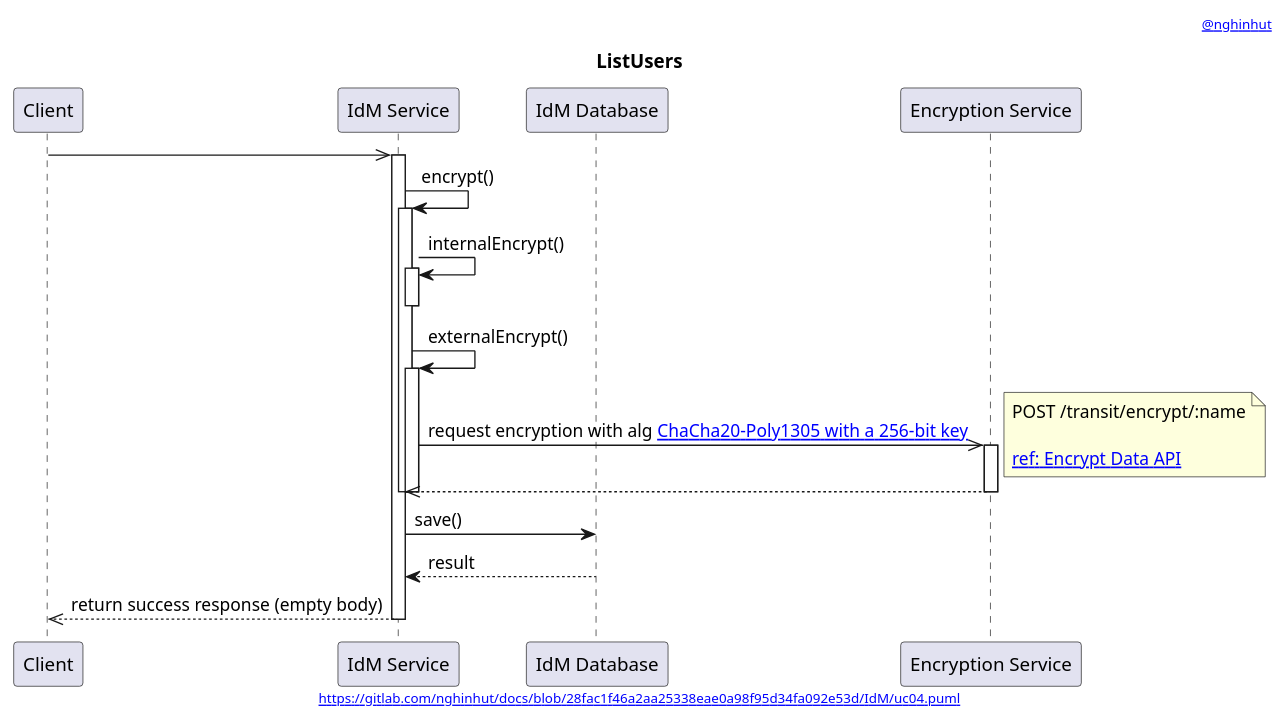
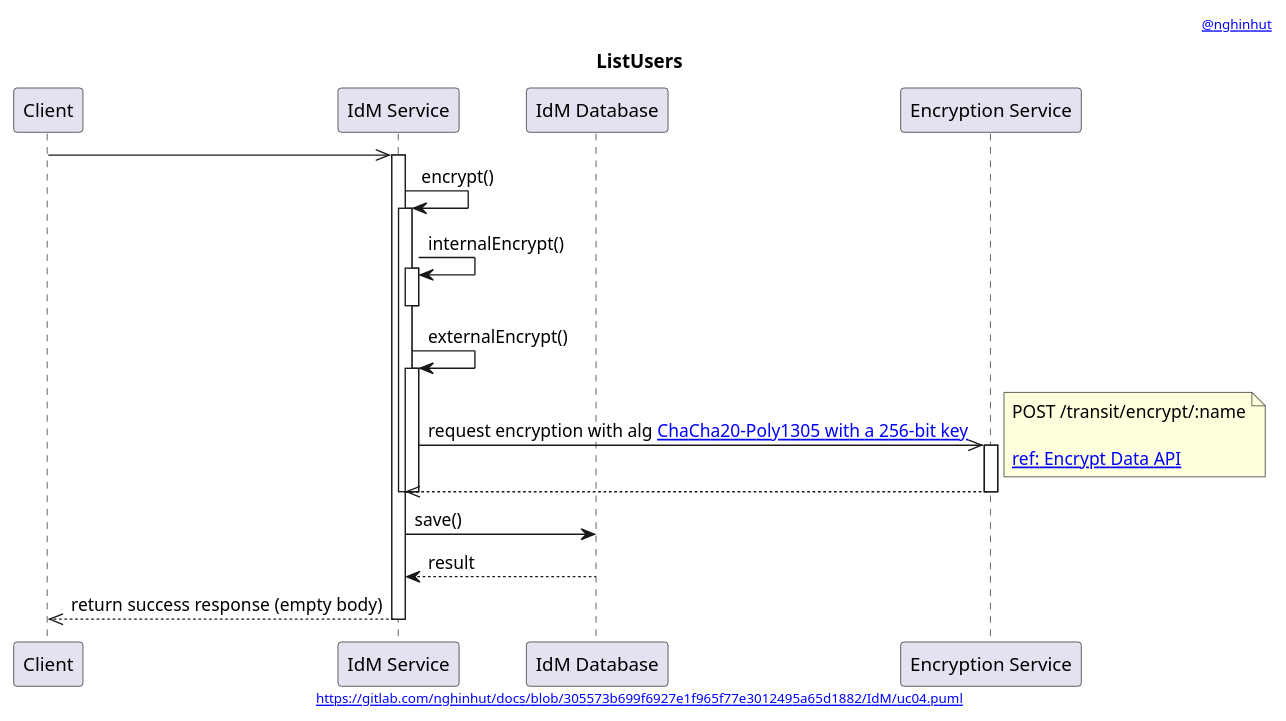
Before and after one commit to nghinhut/docs: the diagram in IdM/uc04.sequence.puml, drawn with PlantUML. The commit also changed 17 other files, not shown here.

Commit message:
Update diagrams

```diff
--- a/IdM/uc04.sequence.puml
+++ b/IdM/uc04.sequence.puml
@@ -1,43 +1,43 @@
 @startuml
 '-----START auto generated metadata please keep comment here to allow auto update-----
 '-----DON'T EDIT THIS SECTION, INSTEAD RE-RUN prebuild.sh TO UPDATE-----
-header [[www.nghinhut.dev?from=http%5C%3A%5C%2F%5C%2Fwww%5C.plantuml%5C.com%5C%2Fplantuml%5C%2Fproxy%3Ffmt%3Dsvg%5C%26src%3Dhttps%5C%3A%5C%2F%5C%2Fgitlab%5C.com%5C%2Fnghinhut%5C%2Fdocs%5C%2Fraw%5C%2F28fac1f46a2aa25338eae0a98f95d34fa092e53d%5C%2FIdM%5C%2Fuc04%5C.puml%0A @nghinhut]]
-footer [[http://www.plantuml.com/plantuml/proxy?fmt=svg&src=https://gitlab.com/nghinhut/docs/raw/28fac1f46a2aa25338eae0a98f95d34fa092e53d/IdM/uc04.puml https://gitlab.com/nghinhut/docs/blob/28fac1f46a2aa25338eae0a98f95d34fa092e53d/IdM/uc04.puml]]
+header [[www.nghinhut.dev?from=http%5C%3A%5C%2F%5C%2Fwww%5C.plantuml%5C.com%5C%2Fplantuml%5C%2Fproxy%3Ffmt%3Dsvg%5C%26src%3Dhttps%5C%3A%5C%2F%5C%2Fgitlab%5C.com%5C%2Fnghinhut%5C%2Fdocs%5C%2Fraw%5C%2F305573b699f6927e1f965f77e3012495a65d1882%5C%2FIdM%5C%2Fuc04%5C.puml%0A @nghinhut]]
+footer [[http://www.plantuml.com/plantuml/proxy?fmt=svg&src=https://gitlab.com/nghinhut/docs/raw/305573b699f6927e1f965f77e3012495a65d1882/IdM/uc04.puml https://gitlab.com/nghinhut/docs/blob/305573b699f6927e1f965f77e3012495a65d1882/IdM/uc04.puml]]
 '-----END auto generated metadata please keep comment here to allow auto update-----
 title ListUsers
 
 participant "Client" as client
 participant "IdM Service" as idm
 participant "IdM Database" as db
 participant "Encryption Service" as es
 
 client ->> idm
 activate idm
 
 idm -> idm : encrypt()
 activate idm
 idm -> idm : internalEncrypt()
 activate idm
 deactivate idm
 
 idm -> idm : externalEncrypt()
 activate idm
 idm ->> es : request encryption with alg [[https://www.vaultproject.io/docs/secrets/transit/index.html#chacha20-poly1305 ChaCha20-Poly1305 with a 256-bit key]]
 note right
     POST /transit/encrypt/:name
 
     [[https://www.vaultproject.io/api/secret/transit/index.html#encrypt-data ref: Encrypt Data API]]
 end note
 activate es
 idm <<-- es
 deactivate es
 deactivate idm
 deactivate idm
 
 idm -> db : save()
 idm <-- db : result
 
 client <<-- idm : return success response (empty body)
 deactivate idm
 
 @enduml
```
